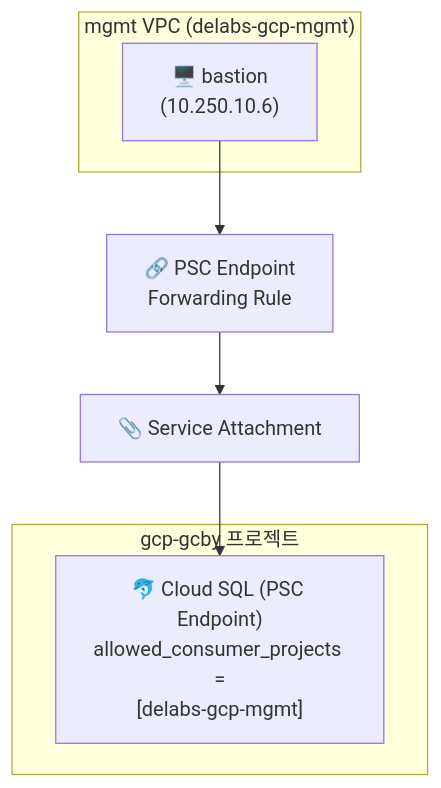
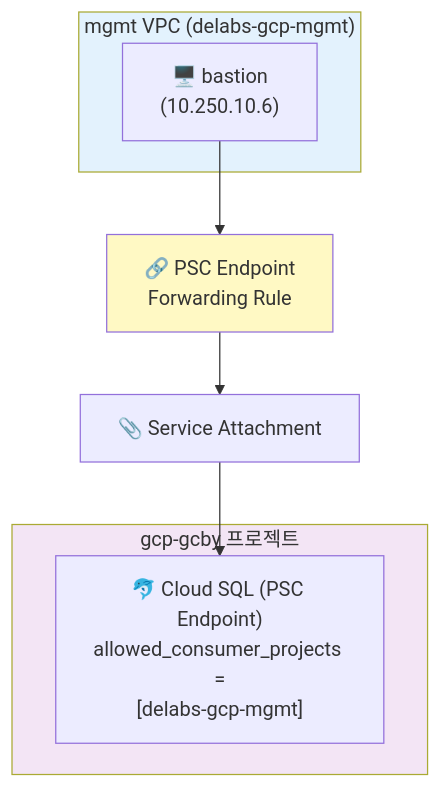
One commit to JSJ2337/GCP_terraform_code changed the seventh of 9 diagrams in terraform_gcp_infra/docs/architecture/network-design.md. Above: the diagram before and after it, drawn with Mermaid. The commit also changed other lines of this file and 4 other files, not shown here.

First line of the commit message:
fix: Mermaid style 라인 분리로 텍스트 겹침 문제 해결

````diff
--- a/terraform_gcp_infra/docs/architecture/network-design.md
+++ b/terraform_gcp_infra/docs/architecture/network-design.md
@@ -824,20 +840,22 @@
 ```mermaid
 %%{init: {'theme': 'default'}}%%
 flowchart TB
     subgraph MGMT_VPC["mgmt VPC (delabs-gcp-mgmt)"]
         BASTION["🖥️ bastion<br/>(10.250.10.6)"]
     end
 
     PSC["🔗 PSC Endpoint<br/>Forwarding Rule"]
     SA["📎 Service Attachment"]
 
     subgraph GCBY_PROJ["gcp-gcby 프로젝트"]
         SQL_PSC["🐬 Cloud SQL (PSC Endpoint)<br/>allowed_consumer_projects =<br/>[delabs-gcp-mgmt]"]
     end
 
     BASTION --> PSC
     PSC --> SA
     SA --> SQL_PSC
 
-    style MGMT_VPC fill:#e3f2fd    style GCBY_PROJ fill:#f3e5f5    style PSC fill:#fff9c4
+    style MGMT_VPC fill:#e3f2fd
+    style GCBY_PROJ fill:#f3e5f5
+    style PSC fill:#fff9c4
 ```
````
